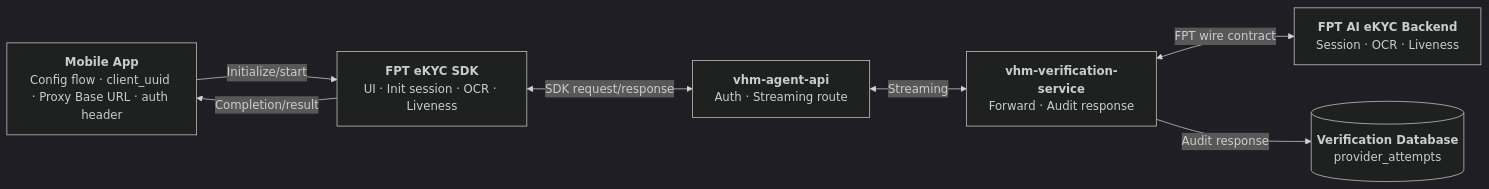
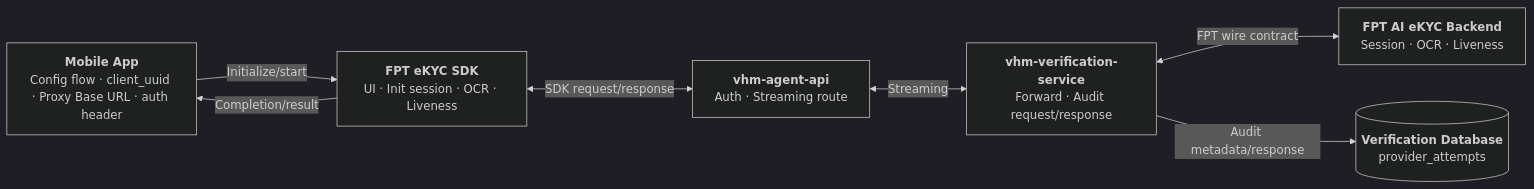
Before and after one commit to huynv-xyz/vhm: the fifth of 7 diagrams in noxh-ekyc.md, drawn with Mermaid (dark theme). The commit also changed other lines of this file, not shown here.

````diff
--- a/noxh-ekyc.md
+++ b/noxh-ekyc.md
@@ -395,22 +391,22 @@
 ```mermaid
 flowchart LR
     APP["`**Mobile App**
 Config flow · client_uuid · Proxy Base URL · auth header`"]
     SDK["`**FPT eKYC SDK**
 UI · Init session · OCR · Liveness`"]
     BFF["`**vhm-agent-api**
 Auth · Streaming route`"]
     SERVICE["`**vhm-verification-service**
-Forward · Audit response`"]
+Forward · Audit request/response`"]
     DB[("`**Verification Database**
 provider_attempts`")]
     FPT["`**FPT AI eKYC Backend**
 Session · OCR · Liveness`"]
 
     APP -->|"Initialize/start"| SDK
     SDK -->|"Completion/result"| APP
     SDK <-->|"SDK request/response"| BFF
     BFF <-->|"Streaming"| SERVICE
     SERVICE <-->|"FPT wire contract"| FPT
-    SERVICE -->|"Audit response"| DB
+    SERVICE -->|"Audit metadata/response"| DB
 ```
````
